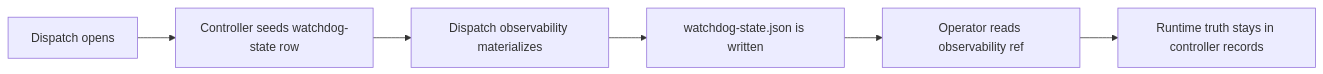
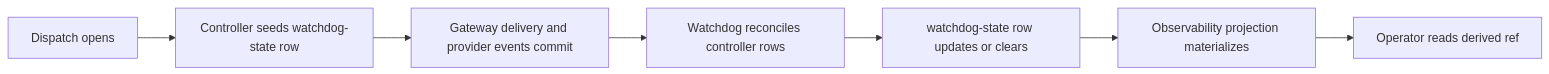
Before and after one commit to ringlochid/AutoClaw: the diagram in docs-internal/current/v1/architecture/watchdog-and-openclaw-bridge.md, drawn with Mermaid. The commit also changed other lines of this file and 10 other files, not shown here.

````diff
--- a/docs-internal/current/v1/architecture/watchdog-and-openclaw-bridge.md
+++ b/docs-internal/current/v1/architecture/watchdog-and-openclaw-bridge.md
@@ -13,8 +13,9 @@
 ```mermaid
 flowchart LR
     A[Dispatch opens] --> B[Controller seeds watchdog-state row]
-    B --> C[Dispatch observability materializes]
-    C --> D[watchdog-state.json is written]
-    D --> E[Operator reads observability ref]
-    E --> F[Runtime truth stays in controller records]
+    B --> C[Gateway delivery and provider events commit]
+    C --> D[Watchdog reconciles controller rows]
+    D --> E[watchdog-state row updates or clears]
+    E --> F[Observability projection materializes]
+    F --> G[Operator reads derived ref]
 ```
````
